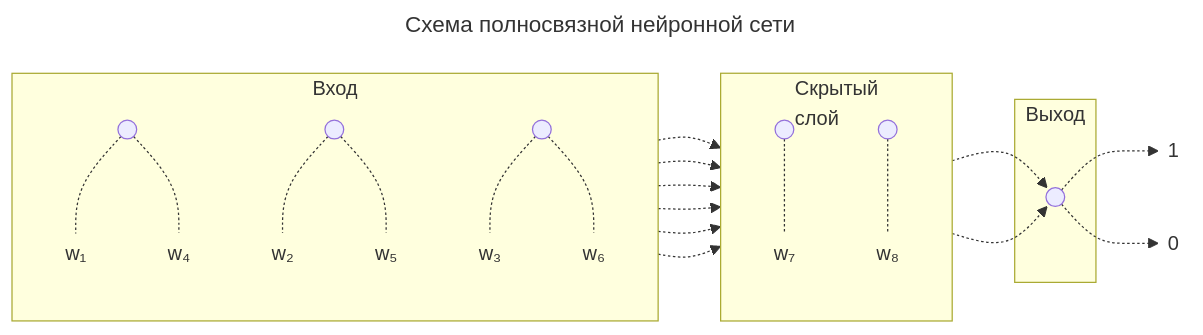
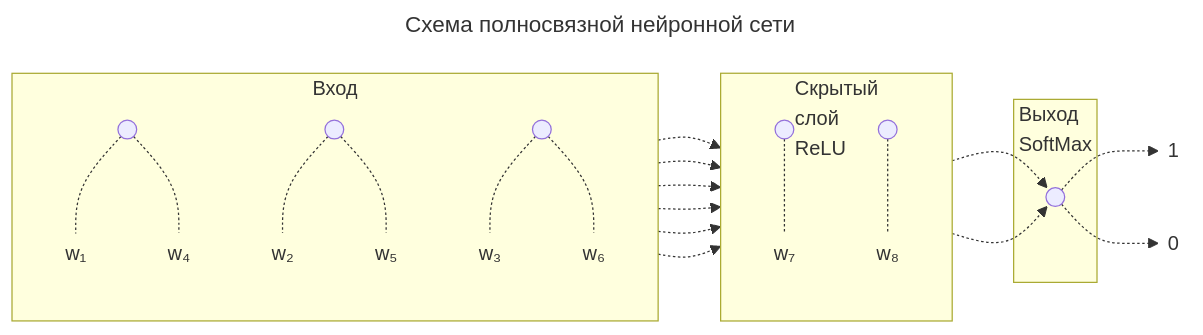
One commit to denisbolshakoff/Automation_of_prereview_of_scientific_manuscripts changed the diagram in readme.md. Above: the diagram before and after it, drawn with Mermaid.

Commit message:
исправлен readme.md файл

````diff
--- a/readme.md
+++ b/readme.md
@@ -29,56 +29,56 @@
 ```mermaid
 ---
 title: Схема полносвязной нейронной сети
 ---
 
 graph LR
 
 classDef nofill fill:none, stroke:none;
 
 
     subgraph Clients[Вход]
         direction TB
 	 A1((" ")) 
 	 A2((" "))
 	 A3((" "))
 	 L1(("w₁")):::nofill
 	 L2(("w₂")):::nofill
 	 L3(("w₃")):::nofill
 	 L4(("w₄")):::nofill
 	 L5(("w₅")):::nofill
 	 L6(("w₆")):::nofill
  	end
 
-	subgraph Hidden[Скрытый<br/>слой]
+	subgraph Hidden[Скрытый<br/>слой<br/>ReLU]
 	direction TB
 	 B1((" "))
 	 B2((" "))
 	 L7(("w₇")):::nofill
 	 L8(("w₈")):::nofill
 	end
 
-	subgraph exit[Выход]
+	subgraph exit[Выход<br/>SoftMax]
 	 C1((" "))
 	end
 
 
 	L9(("1")):::nofill
 	L10(("0")):::nofill
 	
 	 A1 -.-L1-.-> B1
 	 A2 -.-L2-.-> B1
 	 A3 -.-L3-.-> B1
 
 	 A1-.-L4-.->B2
 	 A2-.-L5-.->B2
 	 A3-.-L6-.->B2
 
 
 	 C1 -.-> L9
 	 C1 -.-> L10
 
 
 	 B1-.-L7-.->C1
 	 B2-.-L8-.->C1
 
 ```
````
